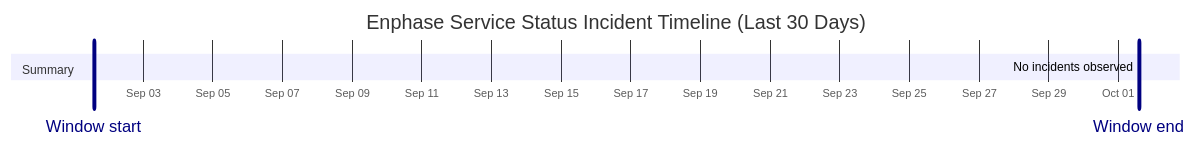
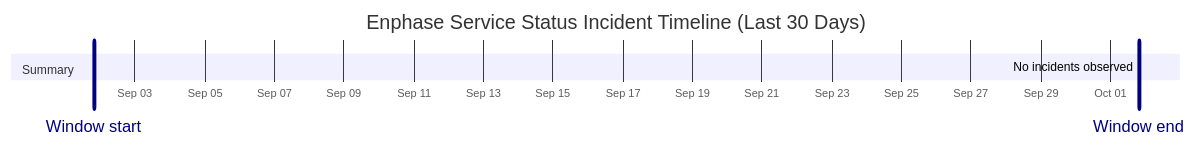
The diagram in wiki/Service-Status-History.md (barneyonline/ha-enphase-energy), drawn with Mermaid before and after one commit. The commit also changed other lines of this file and 3 other files, not shown here.

````diff
--- a/wiki/Service-Status-History.md
+++ b/wiki/Service-Status-History.md
@@ -14,10 +14,10 @@
 ```mermaid
 gantt
     title Enphase Service Status Incident Timeline (Last 30 Days)
     dateFormat  YYYY-MM-DDTHH:mm:ss
     axisFormat  %b %d
-    Window start :vert, window-start, 2026-09-01T14:10:41, 0ms
-    Window end :vert, window-end, 2026-10-01T14:10:41, 0ms
+    Window start :vert, window-start, 2026-09-01T19:40:27, 0ms
+    Window end :vert, window-end, 2026-10-01T19:40:27, 0ms
     section Summary
-    No incidents observed :done, 2026-10-01T14:10:41, 1m
+    No incidents observed :done, 2026-10-01T19:40:27, 1m
 ```
````
